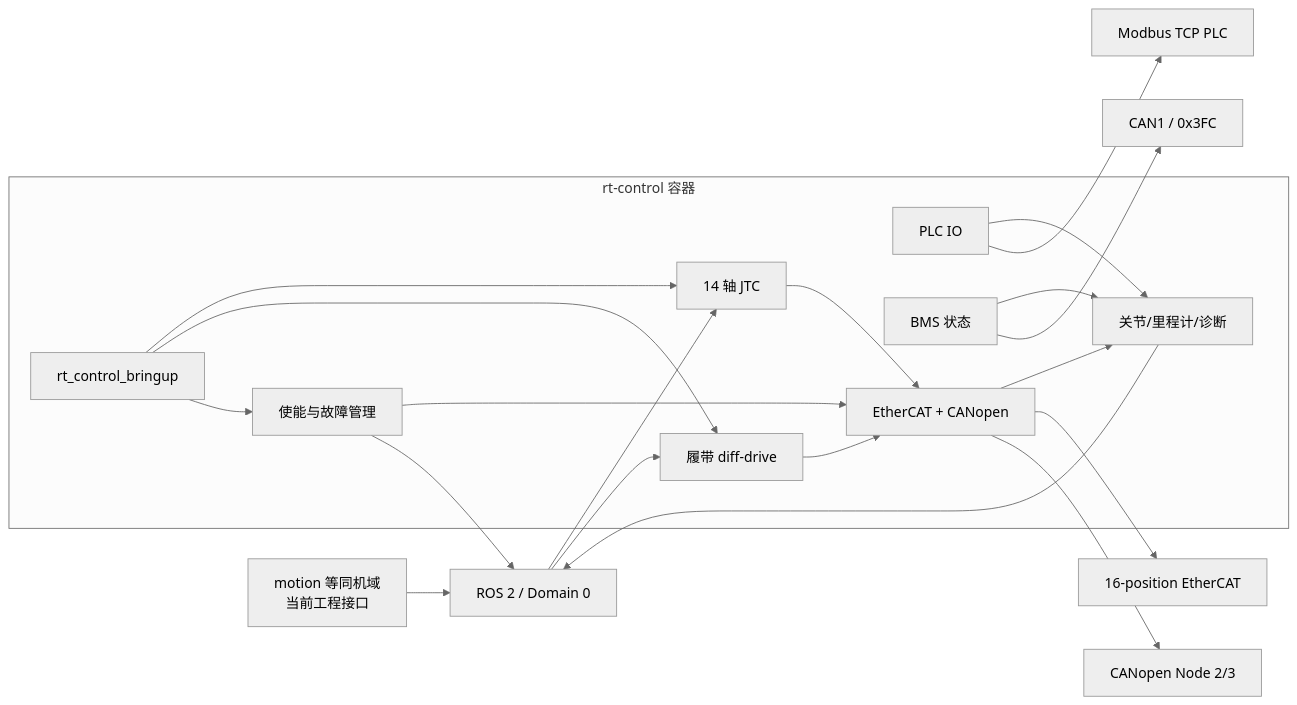
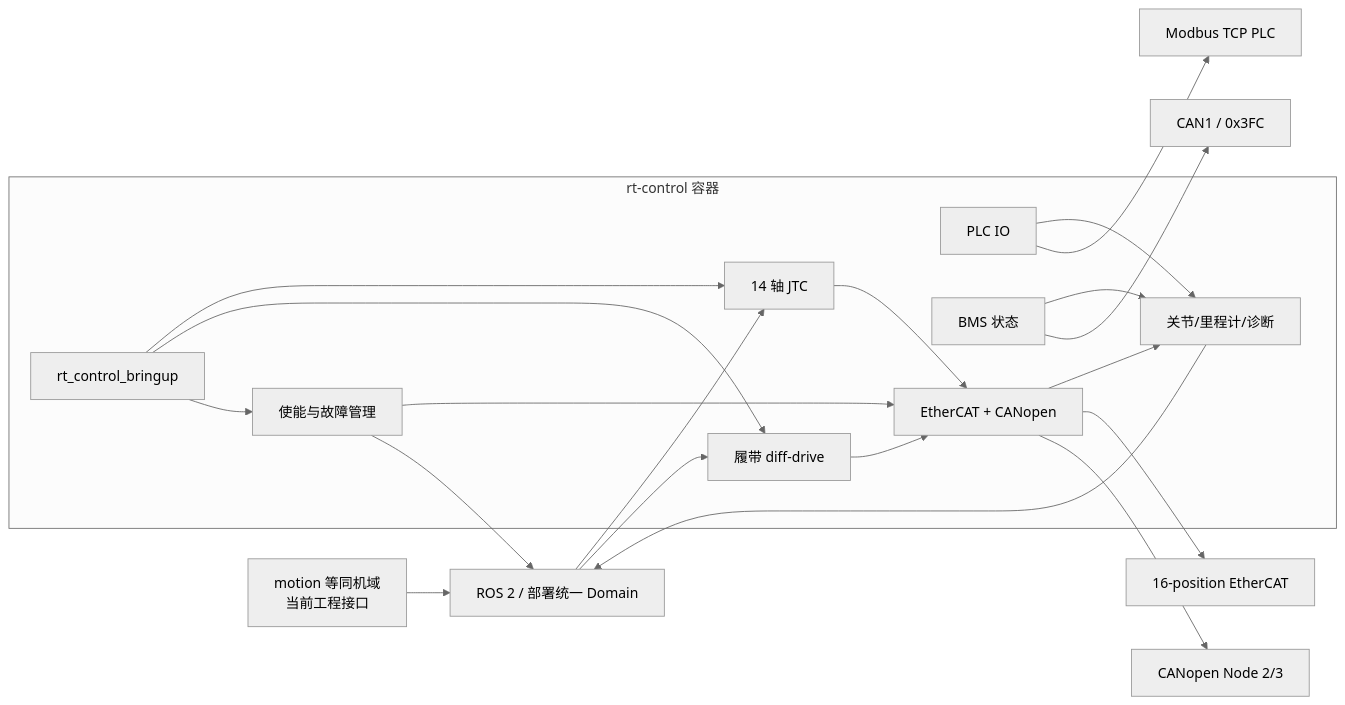
Before and after one commit to SevenovaHangzhou/robot_driver: the diagram in domains/rt_control/docs/docker-deployment-performance-summary.md, drawn with Mermaid (neutral theme). The commit also changed other lines of this file and 10 other files, not shown here.

````diff
--- a/domains/rt_control/docs/docker-deployment-performance-summary.md
+++ b/domains/rt_control/docs/docker-deployment-performance-summary.md
@@ -35,33 +38,33 @@
 ```mermaid
 flowchart LR
-    M[motion 等同机域<br/>当前工程接口] --> ROS[ROS 2 / Domain 0]
+    M[motion 等同机域<br/>当前工程接口] --> ROS[ROS 2 / 部署统一 Domain]
 
     subgraph C[rt-control 容器]
         B[rt_control_bringup]
         J[14 轴 JTC]
         D[履带 diff-drive]
         E[使能与故障管理]
         P[PLC IO]
         BM[BMS 状态]
         S[关节/里程计/诊断]
         H[EtherCAT + CANopen]
         B --> J
         B --> D
         B --> E
         J --> H
         D --> H
         E --> H
         P --> S
         BM --> S
         H --> S
     end
 
     ROS --> J
     ROS --> D
     E --> ROS
     S --> ROS
     H --> EC[16-position EtherCAT]
     H --> CAN[CANopen Node 2/3]
     P --> PLC[Modbus TCP PLC]
     BM --> BCAN[CAN1 / 0x3FC]
 ```
````
